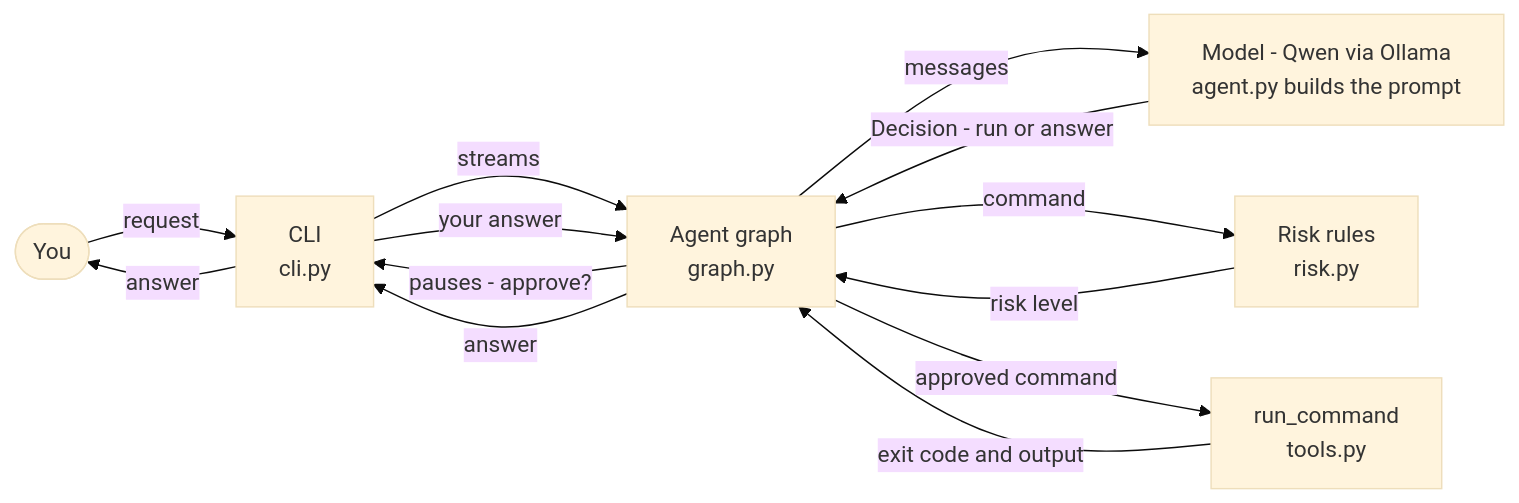
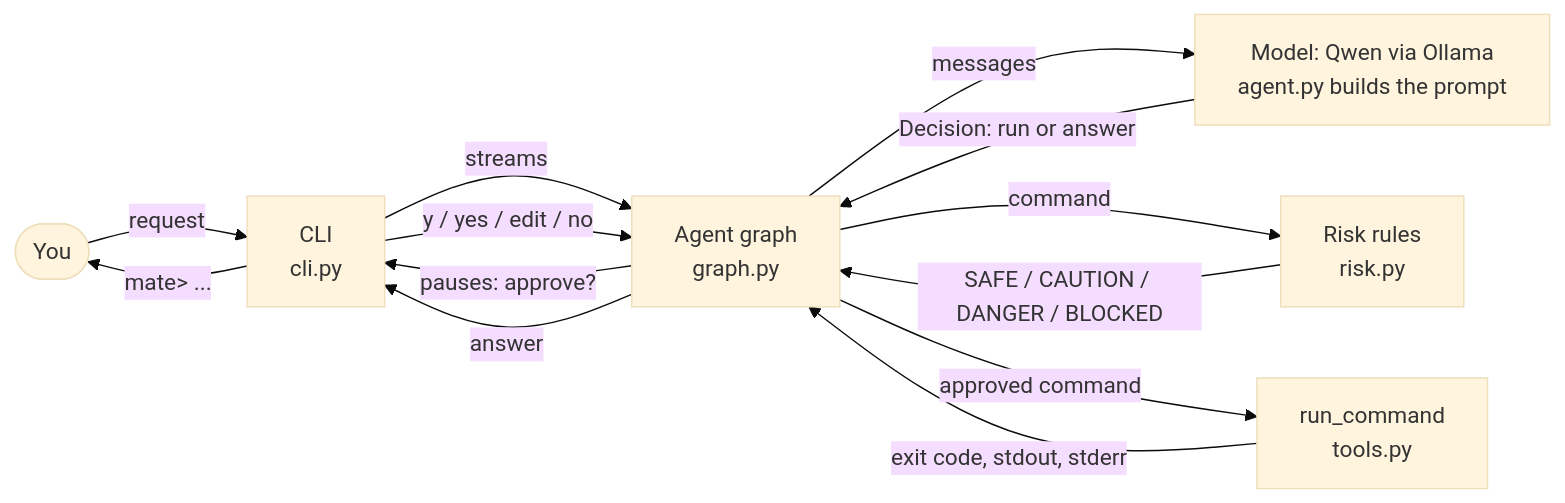
One commit to prameshbhattarai/shellmate changed the first of 6 diagrams in docs/how-it-works.md. Above: the diagram before and after it, drawn with Mermaid (base theme). The commit also changed other lines of this file and 10 other files, not shown here.

````diff
--- a/docs/how-it-works.md
+++ b/docs/how-it-works.md
@@ -18,15 +18,15 @@
 ```mermaid
 flowchart LR
-    U(["You"]) -->|request| CLI["CLI<br/>cli.py"]
+    U([You]) -->|request| CLI["CLI<br/>cli.py"]
     CLI -->|streams| G["Agent graph<br/>graph.py"]
-    G -->|messages| M["Model - Qwen via Ollama<br/>agent.py builds the prompt"]
-    M -->|"Decision - run or answer"| G
+    G -->|messages| M["Model: Qwen via Ollama<br/>agent.py builds the prompt"]
+    M -->|"Decision: run or answer"| G
     G -->|command| R["Risk rules<br/>risk.py"]
-    R -->|"risk level"| G
-    G -->|"pauses - approve?"| CLI
-    CLI -->|"your answer"| G
+    R -->|"SAFE / CAUTION / DANGER / BLOCKED"| G
+    G -->|"pauses: approve?"| CLI
+    CLI -->|"y / yes / edit / no"| G
     G -->|approved command| T["run_command<br/>tools.py"]
-    T -->|"exit code and output"| G
+    T -->|"exit code, stdout, stderr"| G
     G -->|answer| CLI
-    CLI -->|"answer"| U
+    CLI -->|"mate> ..."| U
 ```
````
